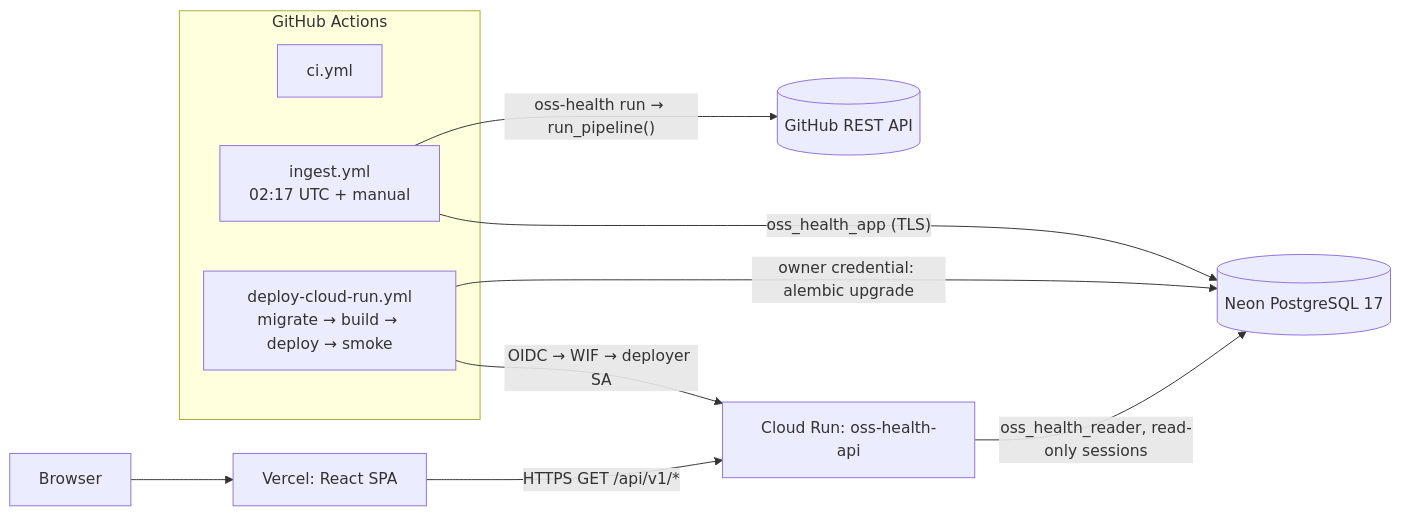
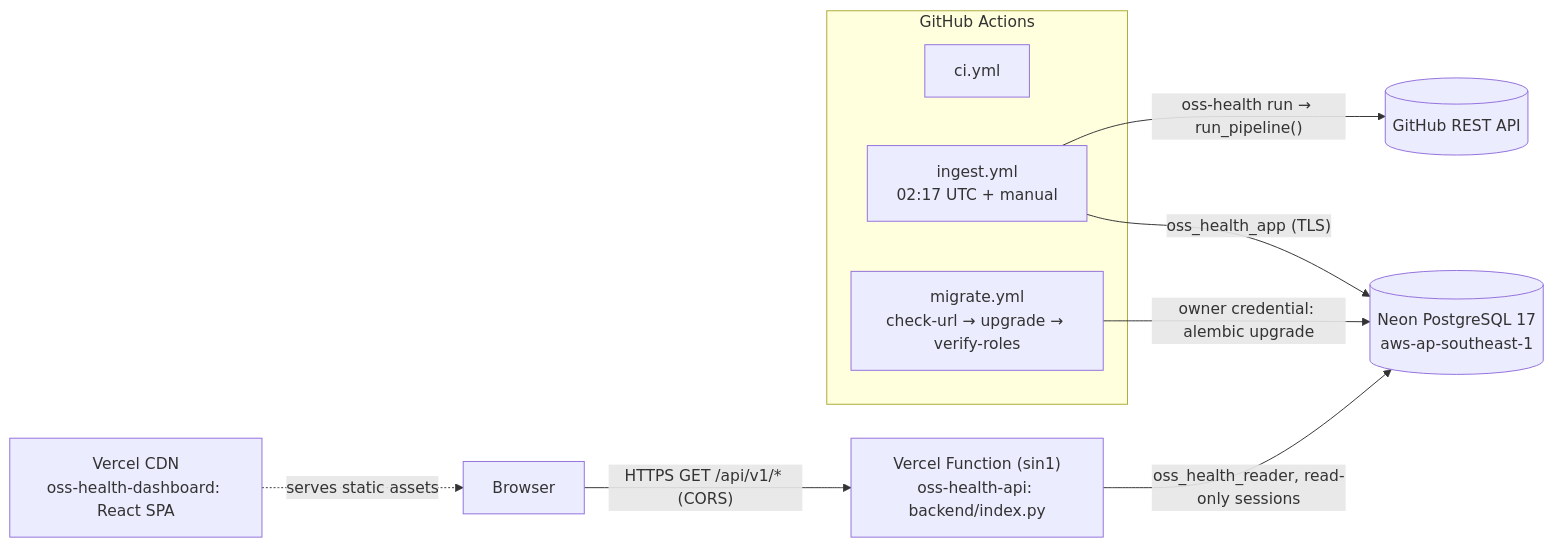
Before and after one commit to parammeet83/open-source-project-health-analytics: the diagram in docs/TRD.md, drawn with Mermaid. The commit also changed other lines of this file and 30 other files, not shown here.

First line of the commit message:
Deploy on Vercel Hobby: FastAPI function + dashboard; retire Cloud Run

````diff
--- a/docs/TRD.md
+++ b/docs/TRD.md
@@ -8,15 +8,14 @@
 ```mermaid
 flowchart LR
     subgraph GitHubActions["GitHub Actions"]
         CI["ci.yml"]
         ING["ingest.yml<br/>02:17 UTC + manual"]
-        DEP["deploy-cloud-run.yml<br/>migrate → build → deploy → smoke"]
+        MIG["migrate.yml<br/>check-url → upgrade → verify-roles"]
     end
     ING -->|"oss-health run → run_pipeline()"| GH[("GitHub REST API")]
-    ING -->|"oss_health_app (TLS)"| NEON[("Neon PostgreSQL 17")]
-    DEP -->|"owner credential: alembic upgrade"| NEON
-    DEP -->|"OIDC → WIF → deployer SA"| CR["Cloud Run: oss-health-api"]
-    CR -->|"oss_health_reader, read-only sessions"| NEON
-    VER["Vercel: React SPA"] -->|"HTTPS GET /api/v1/*"| CR
-    USER["Browser"] --> VER
+    ING -->|"oss_health_app (TLS)"| NEON[("Neon PostgreSQL 17<br/>aws-ap-southeast-1")]
+    MIG -->|"owner credential: alembic upgrade"| NEON
+    API["Vercel Function (sin1)<br/>oss-health-api: backend/index.py"] -->|"oss_health_reader, read-only sessions"| NEON
+    VER["Vercel CDN<br/>oss-health-dashboard: React SPA"] -.->|"serves static assets"| USER["Browser"]
+    USER -->|"HTTPS GET /api/v1/* (CORS)"| API
 ```
````
